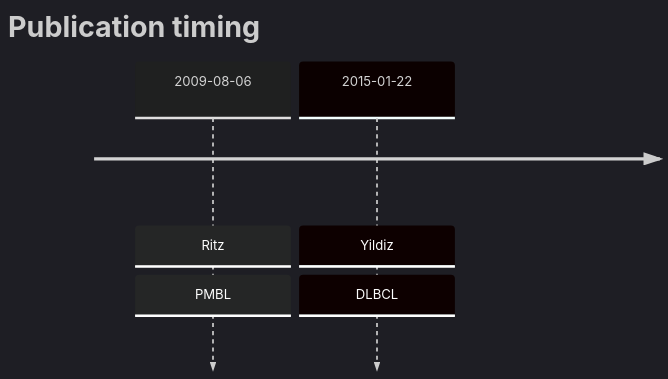
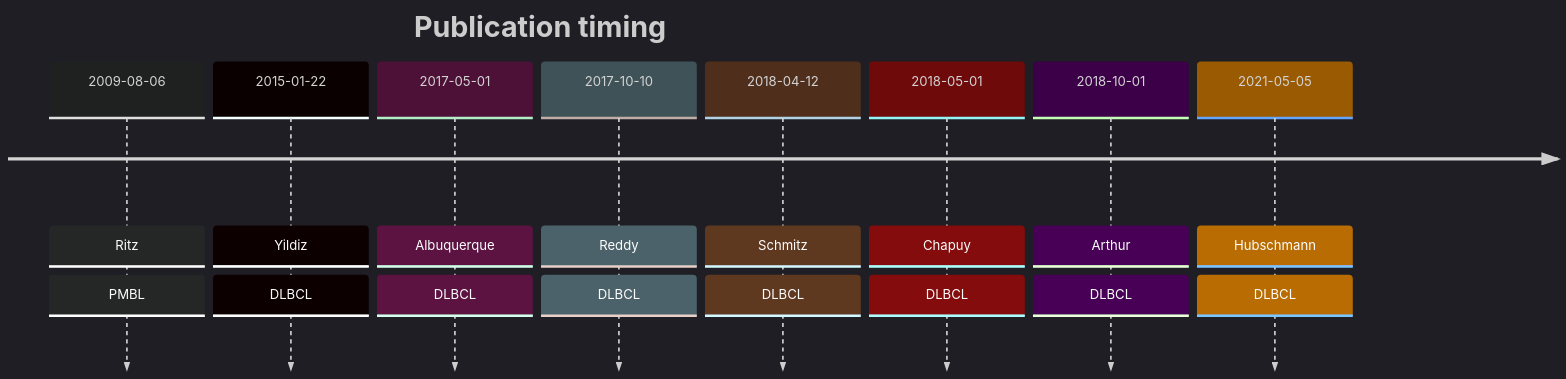
The diagram in STAT6.md (morinlab/lymphopedia), drawn with Mermaid before and after one commit.

Commit message:
update tables

````diff
--- a/STAT6.md
+++ b/STAT6.md
@@ -12,7 +12,13 @@
 ```mermaid
 %%{init: { 'logLevel': 'debug', 'theme': 'dark' } }%%
 timeline
     title Publication timing
       2009-08-06 : Ritz : PMBL
       2015-01-22 : Yildiz : DLBCL
+2017-05-01 : Albuquerque : DLBCL
+2017-10-10 : Reddy : DLBCL
+2018-04-12 : Schmitz : DLBCL
+2018-05-01 : Chapuy : DLBCL
+2018-10-01 : Arthur : DLBCL
+2021-05-05 : Hubschmann : DLBCL
 ```
````
